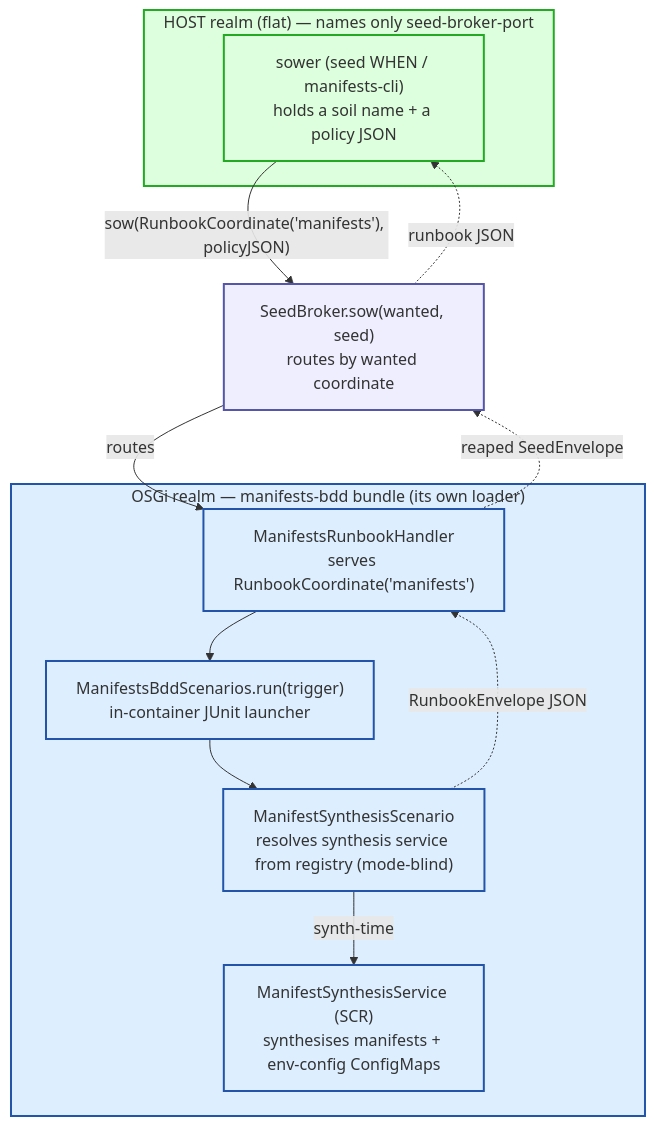
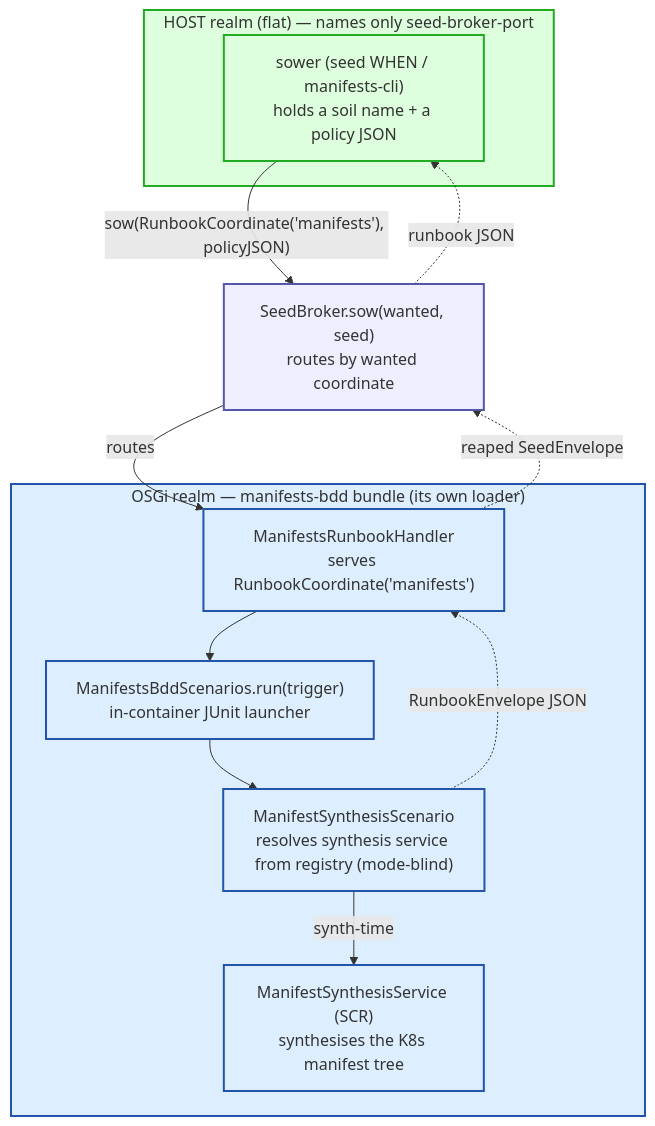
One commit to nxmatic/rke2lab changed the first of 3 diagrams in docs/architecture/osgi/manifests-bdd-spec.adoc. Above: the diagram before and after it, drawn with Mermaid. The commit also changed other lines of this file and 114 other files, not shown here.

```diff
--- a/docs/architecture/osgi/manifests-bdd-spec.adoc
+++ b/docs/architecture/osgi/manifests-bdd-spec.adoc
@@ -23,31 +23,31 @@
 [mermaid]
 ----
 flowchart TB
   subgraph host["HOST realm (flat) — names only seed-broker-port"]
     caller["sower (seed WHEN / manifests-cli)<br/>holds a soil name + a policy JSON"]
   end
 
   broker["SeedBroker.sow(wanted, seed)<br/>routes by wanted coordinate"]
 
   subgraph felix["OSGi realm — manifests-bdd bundle (its own loader)"]
     handler["ManifestsRunbookHandler<br/>serves RunbookCoordinate('manifests')"]
     front["ManifestsBddScenarios.run(trigger)<br/>in-container JUnit launcher"]
     scen["ManifestSynthesisScenario<br/>resolves synthesis service from registry (mode-blind)"]
-    svc["ManifestSynthesisService (SCR)<br/>synthesises manifests + env-config ConfigMaps"]
+    svc["ManifestSynthesisService (SCR)<br/>synthesises the K8s manifest tree"]
   end
 
   caller -->|"sow(RunbookCoordinate('manifests'), policyJSON)"| broker
   broker -->|routes| handler
   handler --> front --> scen
   scen -->|synth-time| svc
   scen -.->|RunbookEnvelope JSON| handler
   handler -.->|reaped SeedEnvelope| broker
   broker -.->|runbook JSON| caller
 
   classDef h fill:#dfd,stroke:#2a2,stroke-width:2px;
   classDef b fill:#eef,stroke:#55a,stroke-width:2px;
   classDef f fill:#def,stroke:#25a,stroke-width:2px;
   class host,caller h;
   class broker b;
   class felix,handler,front,scen,svc,overlay f;
 ----
```
